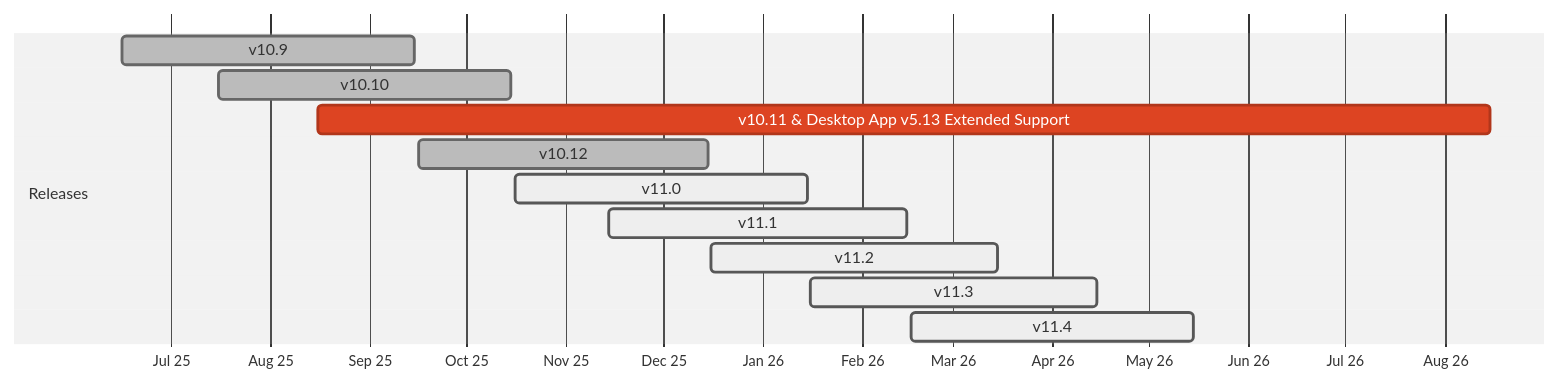
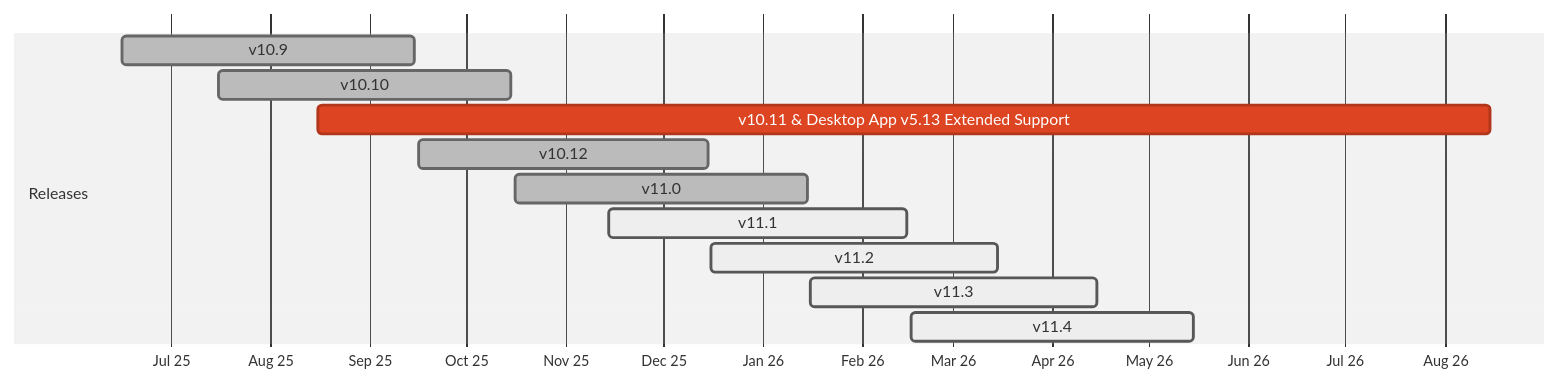
Before and after one commit to mattermost/docs: the diagram in source/product-overview/release-policy.md, drawn with Mermaid (neutral theme).

````diff
--- a/source/product-overview/release-policy.md
+++ b/source/product-overview/release-policy.md
@@ -44,17 +44,17 @@
 ```{mermaid}
 
 gantt
     dateFormat  YYYY-MM-DD
     axisFormat  %b %y
 
     section Releases
     v10.9                  :done, 2025-06-16, 2025-09-15
     v10.10                 :done, 2025-07-16, 2025-10-15
     v10.11 & Desktop App v5.13 Extended Support :crit,    2025-08-16, 2026-08-15
     v10.12                 :done, 2025-09-16, 2025-12-15
-    v11.0                  :active, 2025-10-16, 2026-01-15
+    v11.0                  :done, 2025-10-16, 2026-01-15
     v11.1                  :active, 2025-11-14, 2026-02-15
     v11.2                  :active, 2025-12-16, 2026-03-15
     v11.3                  :active, 2026-01-16, 2026-04-15
     v11.4                  :active, 2026-02-16, 2026-05-15
 ```
````
